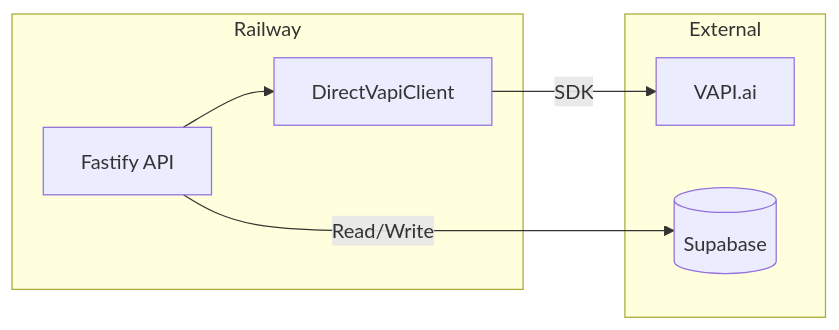
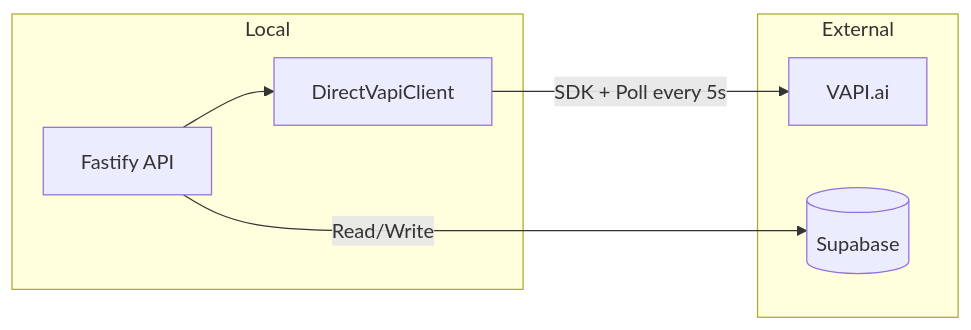
Before and after one commit to beetz12/concierge-ai: diagram 14 of 15 in docs/architecture.md, drawn with Mermaid. The commit also changed other lines of this file and 8 other files, not shown here.

````diff
--- a/docs/architecture.md
+++ b/docs/architecture.md
@@ -1074,16 +1170,16 @@
 ```mermaid
 graph LR
-    subgraph Railway
+    subgraph Local
         API[Fastify API]
         DVC[DirectVapiClient]
     end
 
     subgraph External
         VAPI[VAPI.ai]
         Supabase[(Supabase)]
     end
 
     API --> DVC
-    DVC -->|SDK| VAPI
+    DVC -->|SDK + Poll every 5s| VAPI
     API -->|Read/Write| Supabase
 ```
````
